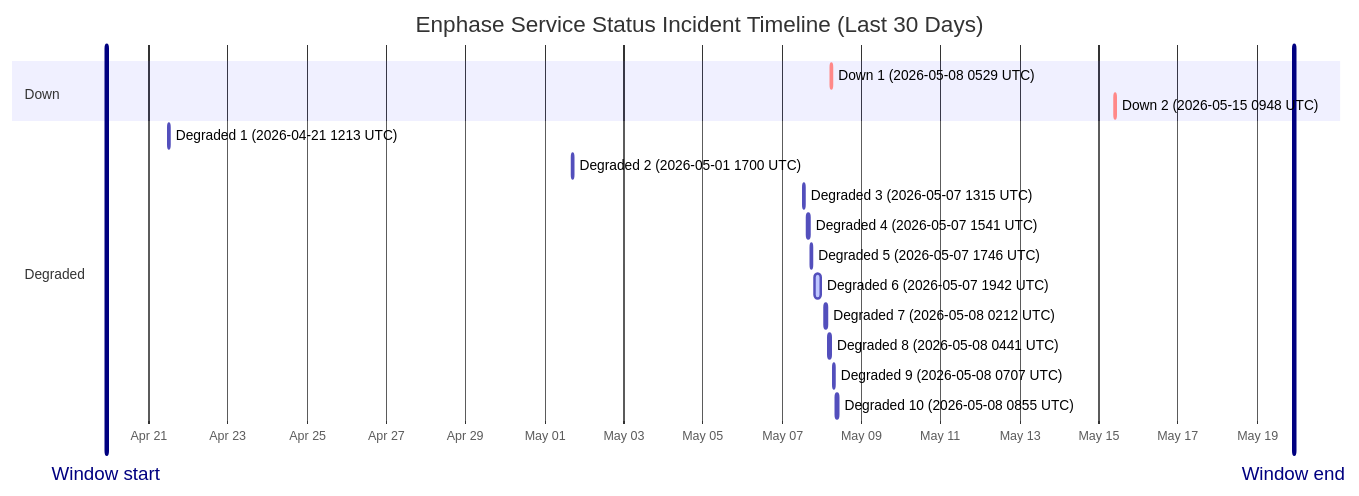
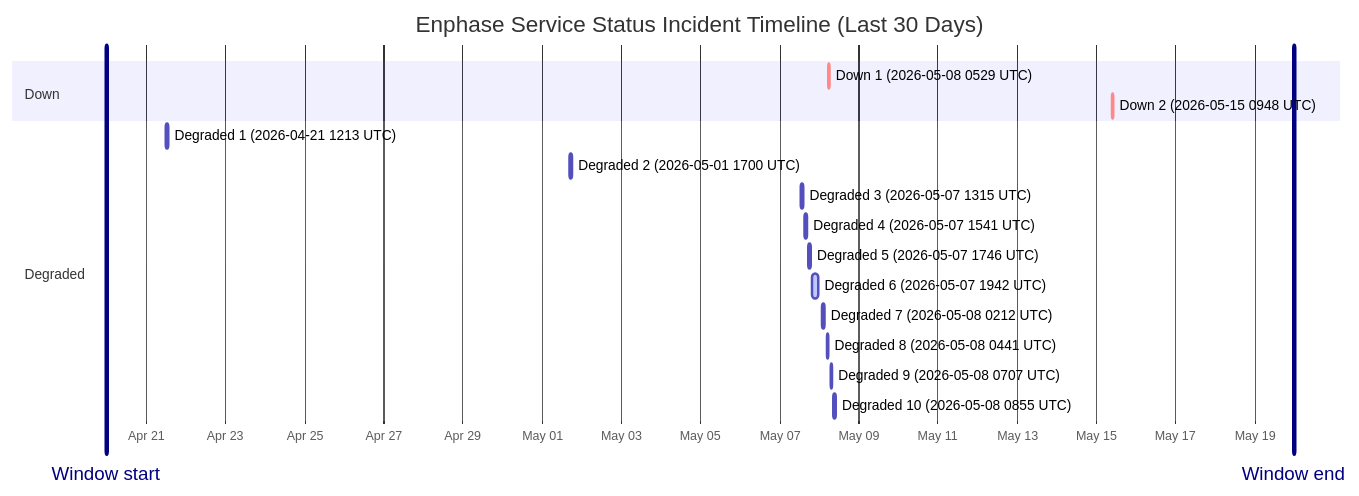
Before and after one commit to barneyonline/ha-enphase-ev-charger: the diagram in wiki/Service-Status-History.md, drawn with Mermaid. The commit also changed other lines of this file and 3 other files, not shown here.

````diff
--- a/wiki/Service-Status-History.md
+++ b/wiki/Service-Status-History.md
@@ -14,22 +14,22 @@
 ```mermaid
 gantt
     title Enphase Service Status Incident Timeline (Last 30 Days)
     dateFormat  YYYY-MM-DDTHH:mm:ss
     axisFormat  %b %d
-    Window start :vert, window-start, 2026-04-19T22:15:30, 0ms
-    Window end :vert, window-end, 2026-05-19T22:15:30, 0ms
+    Window start :vert, window-start, 2026-04-19T23:40:04, 0ms
+    Window end :vert, window-end, 2026-05-19T23:40:04, 0ms
     section Down
     Down 1 (2026-05-08 0529 UTC) :crit, down-1, 2026-05-08T05:29:47, 60m
     Down 2 (2026-05-15 0948 UTC) :crit, down-2, 2026-05-15T09:48:18, 60m
     section Degraded
     Degraded 1 (2026-04-21 1213 UTC) :active, degraded-1, 2026-04-21T12:13:11, 60m
     Degraded 2 (2026-05-01 1700 UTC) :active, degraded-2, 2026-05-01T17:00:22, 60m
     Degraded 3 (2026-05-07 1315 UTC) :active, degraded-3, 2026-05-07T13:15:25, 60m
     Degraded 4 (2026-05-07 1541 UTC) :active, degraded-4, 2026-05-07T15:41:58, 60m
     Degraded 5 (2026-05-07 1746 UTC) :active, degraded-5, 2026-05-07T17:46:51, 60m
     Degraded 6 (2026-05-07 1942 UTC) :active, degraded-6, 2026-05-07T19:42:10, 249m
     Degraded 7 (2026-05-08 0212 UTC) :active, degraded-7, 2026-05-08T02:12:39, 60m
     Degraded 8 (2026-05-08 0441 UTC) :active, degraded-8, 2026-05-08T04:41:46, 60m
     Degraded 9 (2026-05-08 0707 UTC) :active, degraded-9, 2026-05-08T07:07:30, 60m
     Degraded 10 (2026-05-08 0855 UTC) :active, degraded-10, 2026-05-08T08:55:20, 88m
 ```
````
